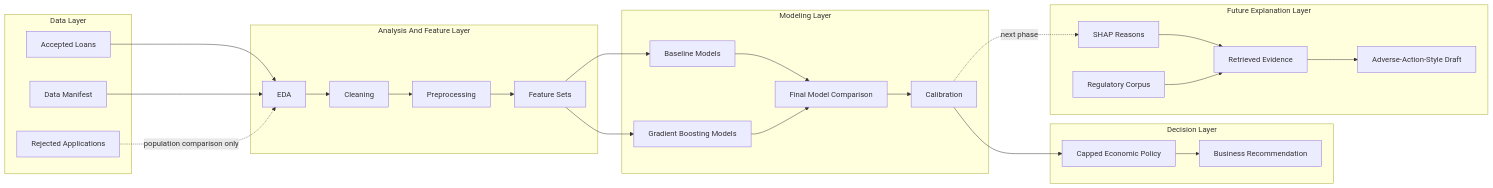
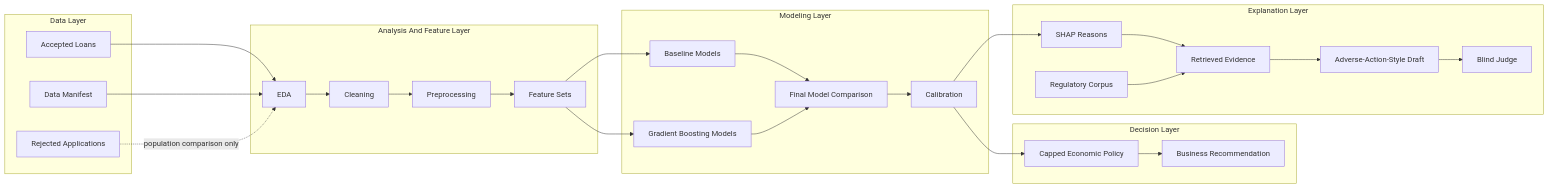
The third of 3 diagrams in README.md (lindaperez/CreditRiskRAG), drawn with Mermaid before and after one commit. The commit also changed other lines of this file and 7 other files, not shown here.

````diff
--- a/README.md
+++ b/README.md
@@ -126,44 +167,45 @@
 ```mermaid
 flowchart LR
     subgraph Data[Data Layer]
         A[Accepted Loans]
         B[Rejected Applications]
         C[Data Manifest]
     end
 
     subgraph Prep[Analysis And Feature Layer]
         D[EDA]
         E[Cleaning]
         F[Preprocessing]
         G[Feature Sets]
     end
 
     subgraph ML[Modeling Layer]
         H[Baseline Models]
         I[Gradient Boosting Models]
         J[Calibration]
         K[Final Model Comparison]
     end
 
     subgraph Policy[Decision Layer]
         L[Capped Economic Policy]
         M[Business Recommendation]
     end
 
-    subgraph RAG[Future Explanation Layer]
+    subgraph RAG[Explanation Layer]
         N[SHAP Reasons]
         O[Regulatory Corpus]
         P[Retrieved Evidence]
         Q[Adverse-Action-Style Draft]
+        R[Blind Judge]
     end
 
     A --> D --> E --> F --> G
     C --> D
     B -.->|population comparison only| D
     G --> H --> K
     G --> I --> K
     K --> J --> L --> M
-    J -.->|next phase| N
+    J --> N
     N --> P
-    O --> P --> Q
+    O --> P --> Q --> R
 ```
````
